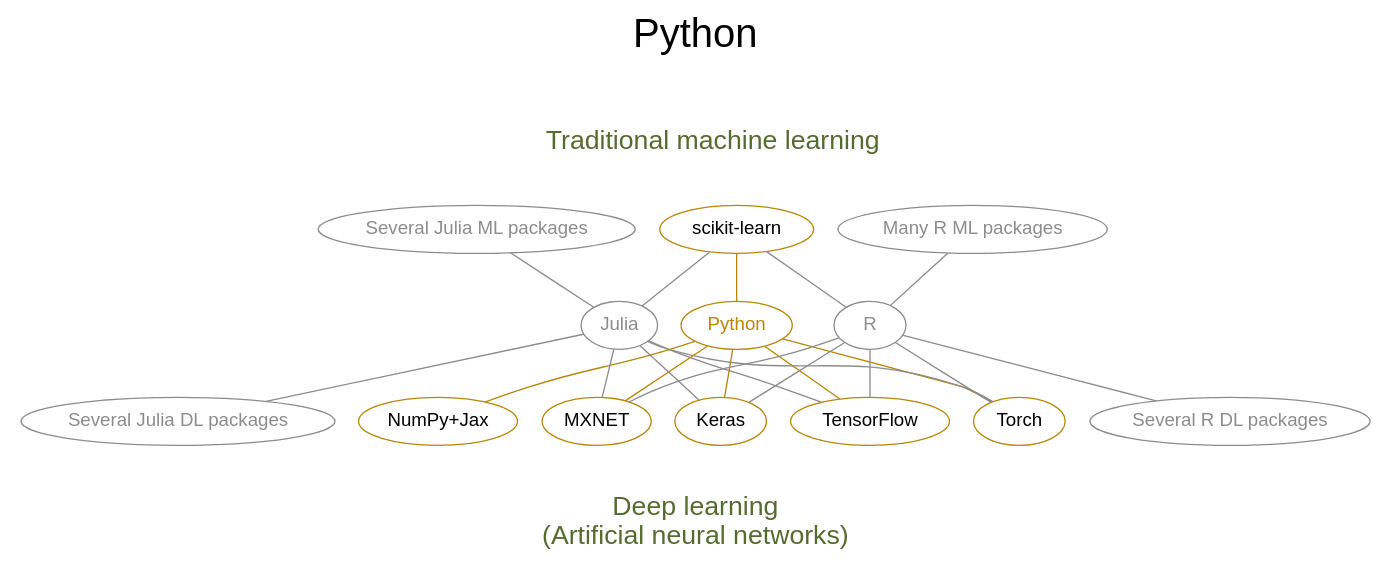
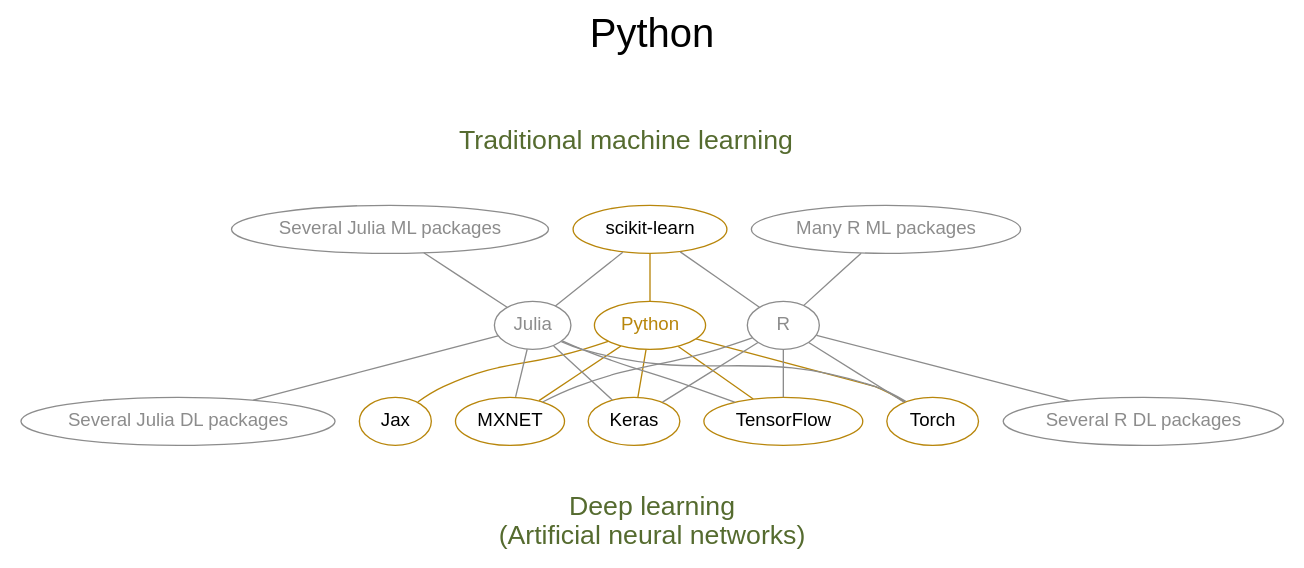
Before and after one commit to WestDRI/arc-training: the fifth of 15 diagrams in ml/frameworks_slides.qmd, drawn with Graphviz. The commit also changed other lines of this file and 3 other files, not shown here.

````diff
--- a/ml/frameworks_slides.qmd
+++ b/ml/frameworks_slides.qmd
@@ -121,56 +121,56 @@
 ```{dot}
 //| echo: false
 
 strict graph {
 
   label="Python\n\n"
   labelloc=t
   fontsize=30
   
   bgcolor="transparent"
   graph [fontname="Inconsolata, sans-serif"]
   node [fontname="Inconsolata, sans-serif"]
 
   subgraph cluster_ml {
 	peripheries=0
 	label="Traditional machine learning\n\n"
 	fontcolor=darkolivegreen
 	fontsize=20
 	"scikit-learn" "Several Julia ML packages" "Many R ML packages"
   }
 
   subgraph cluster_dl {
 	peripheries=0
 	label="\nDeep learning\n(Artificial neural networks)"
 	fontcolor=darkolivegreen
 	fontsize=20
 	labelloc=b
-	Torch TensorFlow "NumPy+Jax" Keras MXNET "Several Julia DL packages" "Several R DL packages"
+	Torch TensorFlow Jax Keras MXNET "Several Julia DL packages" "Several R DL packages"
   }
 
   Python [color=darkgoldenrod, fontcolor=darkgoldenrod, URL="https://www.python.org/"]
   Julia [color=gray55, fontcolor=gray55, URL="https://julialang.org/"]
   R [color=gray55, fontcolor=gray55, URL="https://www.r-project.org/"]
 
   "scikit-learn" [color=darkgoldenrod, URL="https://scikit-learn.org/stable/"]
   MXNET [color=darkgoldenrod, URL="https://mxnet.apache.org/versions/1.9.1/"]
   Keras [color=darkgoldenrod, URL="https://keras.io/"]
   TensorFlow [color=darkgoldenrod, URL="https://www.tensorflow.org/"]
   Torch [color=darkgoldenrod, URL="https://pytorch.org/"]
-  "NumPy+Jax" [color=darkgoldenrod, URL="https://jax.readthedocs.io/en/latest/index.html"]
+  Jax [color=darkgoldenrod, URL="https://jax.readthedocs.io/en/latest/index.html"]
   
   "scikit-learn" -- Python [color=darkgoldenrod]
-  Python -- {Torch TensorFlow "NumPy+Jax" Keras MXNET} [color=darkgoldenrod]
+  Python -- {Torch TensorFlow Jax Keras MXNET} [color=darkgoldenrod]
 
   {"Several Julia ML packages" "scikit-learn"} -- Julia [color=gray55]
   Julia -- {"Several Julia DL packages" Torch TensorFlow Keras MXNET} [color=gray55]
 
   {"scikit-learn" "Many R ML packages"} -- R [color=gray55]
   R -- {"Several R DL packages" Torch TensorFlow Keras MXNET} [color=gray55]
 
   "Several Julia ML packages" [color=gray55, fontcolor=gray55]
   "Several Julia DL packages" [color=gray55, fontcolor=gray55]
   "Many R ML packages" [color=gray55, fontcolor=gray55]
   "Several R DL packages" [color=gray55, fontcolor=gray55]
 }
 ```
````
